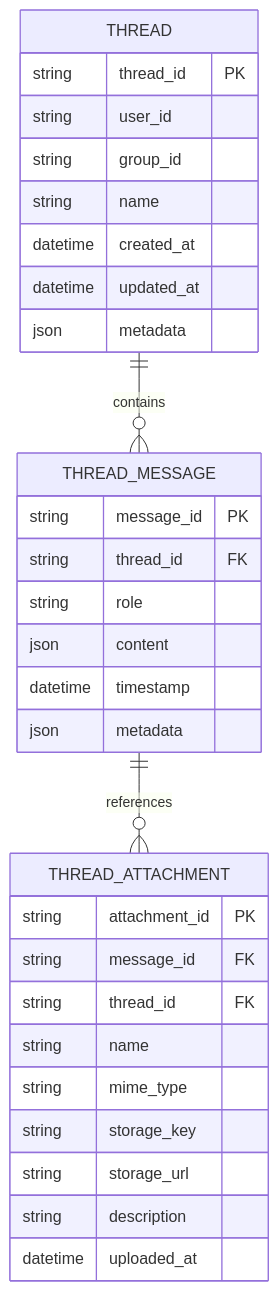
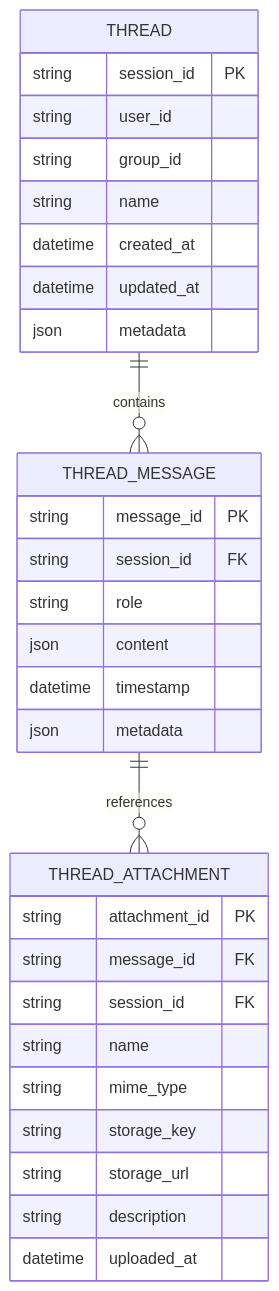
The second of 8 diagrams in docs/specs/conversation-thread-support.md (yaalalabs/agent-kernel), drawn with Mermaid before and after one commit. The commit also changed other lines of this file, not shown here.

Commit message:
fix: removed separate thread_id maintenance

````diff
--- a/docs/specs/conversation-thread-support.md
+++ b/docs/specs/conversation-thread-support.md
@@ -159,36 +158,36 @@
 ```mermaid
 erDiagram
     THREAD {
-        string thread_id PK
+        string session_id PK
         string user_id
         string group_id
         string name
         datetime created_at
         datetime updated_at
         json metadata
     }
 
     THREAD_MESSAGE {
         string message_id PK
-        string thread_id FK
+        string session_id FK
         string role
         json content
         datetime timestamp
         json metadata
     }
 
     THREAD_ATTACHMENT {
         string attachment_id PK
         string message_id FK
-        string thread_id FK
+        string session_id FK
         string name
         string mime_type
         string storage_key
         string storage_url
         string description
         datetime uploaded_at
     }
 
     THREAD ||--o{ THREAD_MESSAGE : contains
     THREAD_MESSAGE ||--o{ THREAD_ATTACHMENT : references
 ```
````
